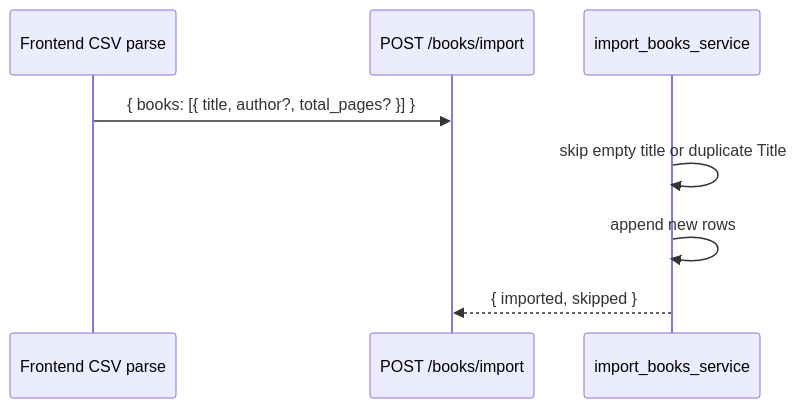
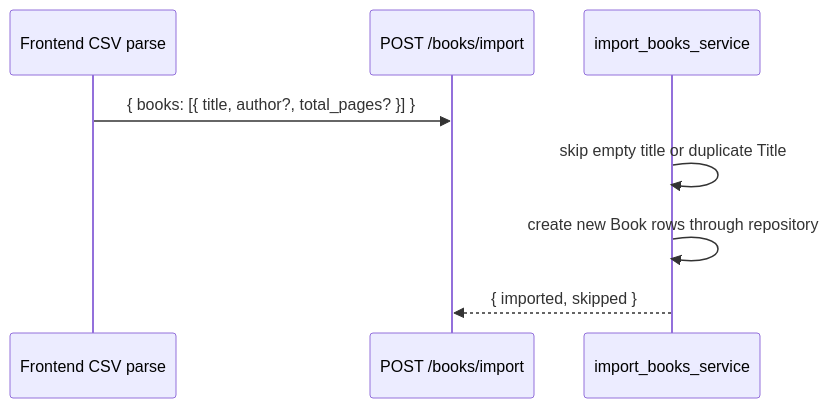
The third of 4 diagrams in docs/engineering/backend.md (tranguyeenn/shelftxt), drawn with Mermaid before and after one commit. The commit also changed other lines of this file and 16 other files, not shown here.

````diff
--- a/docs/engineering/backend.md
+++ b/docs/engineering/backend.md
@@ -125,11 +126,11 @@
 ```mermaid
 sequenceDiagram
   participant UI as Frontend CSV parse
   participant R as POST /books/import
   participant S as import_books_service
 
   UI->>R: { books: [{ title, author?, total_pages? }] }
   S->>S: skip empty title or duplicate Title
-  S->>S: append new rows
+  S->>S: create new Book rows through repository
   S-->>R: { imported, skipped }
 ```
````
